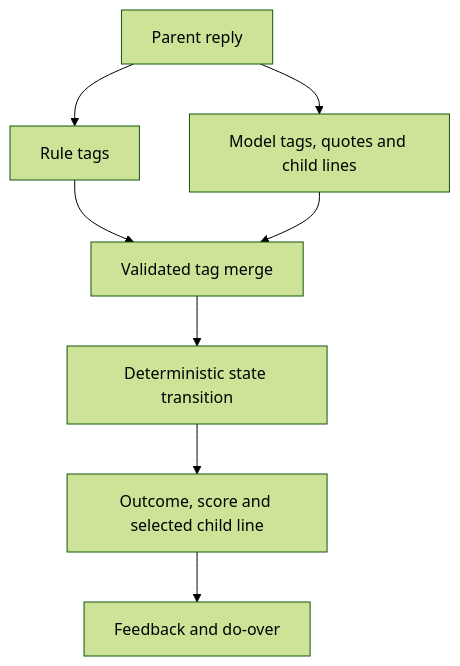
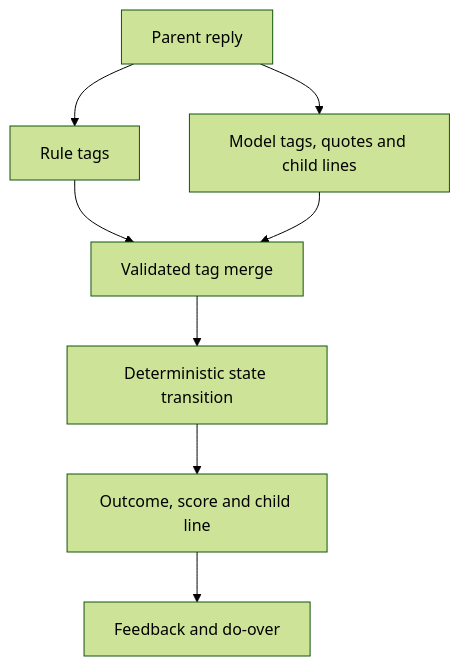
One commit to mrxfsociety/veltral-businesscap2.0 changed the diagram in README.md. Above: the diagram before and after it, drawn with Mermaid (forest theme). The commit also changed other lines of this file and 17 other files, not shown here.

````diff
--- a/README.md
+++ b/README.md
@@ -35,10 +37,10 @@
 ```mermaid
 flowchart TD
   Reply["Parent reply"] --> Rules["Rule tags"]
   Reply --> Model["Model tags, quotes and child lines"]
   Rules --> Merge["Validated tag merge"]
   Model --> Merge
   Merge --> Engine["Deterministic state transition"]
-  Engine --> Result["Outcome, score and selected child line"]
+  Engine --> Result["Outcome, score and child line"]
   Result --> UI["Feedback and do-over"]
 ```
````
